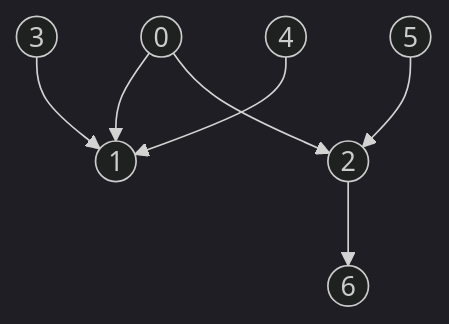
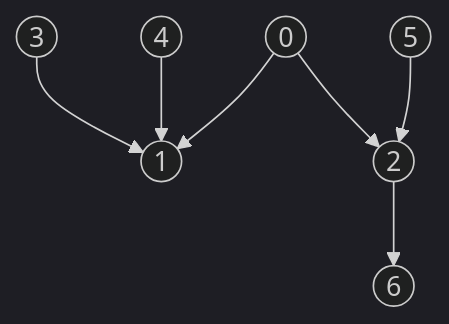
The second of 2 diagrams in TreesSample/TreesTest/DirectedTreeTest.md (sakapon/Samples-2024), drawn with Mermaid (dark theme) before and after one commit. The commit also changed other lines of this file, not shown here.

````diff
--- a/TreesSample/TreesTest/DirectedTreeTest.md
+++ b/TreesSample/TreesTest/DirectedTreeTest.md
@@ -18,16 +18,16 @@
 ```mermaid
 graph TD
     0((0))
     1((1))
     2((2))
     3((3))
     4((4))
     5((5))
     6((6))
+    3 --> 1
+    4 --> 1
     0 --> 1
     0 --> 2
-    3 --> 1
-    4 --> 1
     5 --> 2
     2 --> 6
 ```
````
